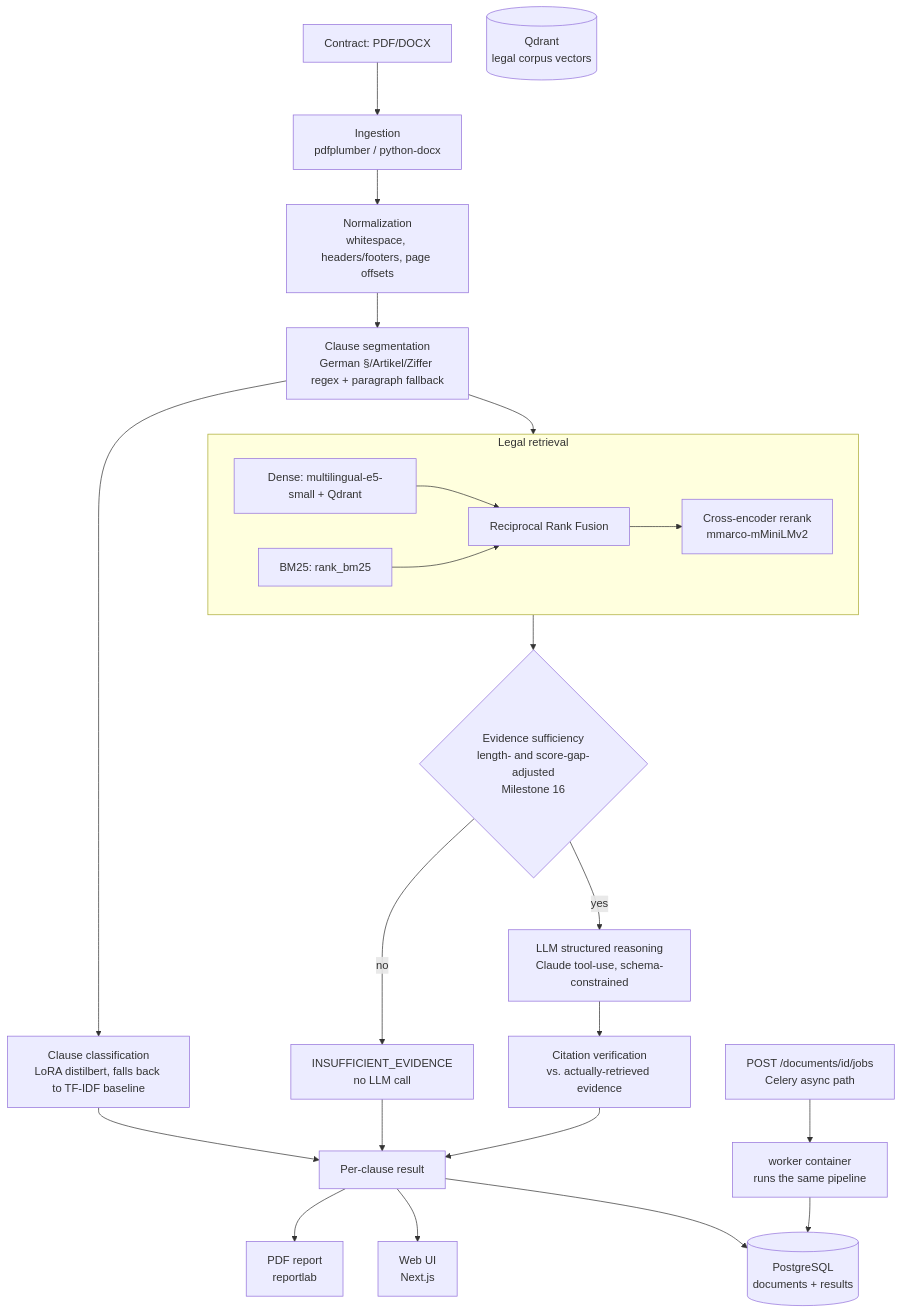
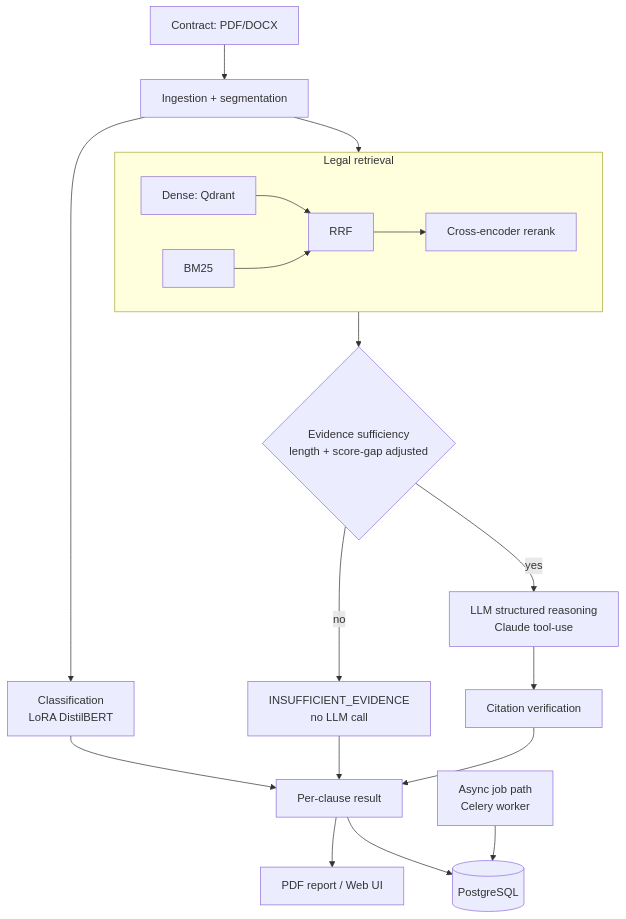
Before and after one commit to nithya-prakash/ClauseGuard: the diagram in README.md, drawn with Mermaid. The commit also changed other lines of this file and 1 other file, not shown here.

````diff
--- a/README.md
+++ b/README.md
@@ -77,30 +29,21 @@
 ```mermaid
 flowchart TD
-    A[Contract: PDF/DOCX] --> B[Ingestion<br/>pdfplumber / python-docx]
-    B --> C[Normalization<br/>whitespace, headers/footers, page offsets]
-    C --> D[Clause segmentation<br/>German §/Artikel/Ziffer regex + paragraph fallback]
-    D --> E[Clause classification<br/>LoRA distilbert, falls back to TF-IDF baseline]
-    D --> F[Legal retrieval]
-    subgraph F[Legal retrieval]
-        F1[Dense: multilingual-e5-small + Qdrant]
-        F2[BM25: rank_bm25]
-        F1 --> F3[Reciprocal Rank Fusion]
-        F2 --> F3
-        F3 --> F4[Cross-encoder rerank<br/>mmarco-mMiniLMv2]
+    A[Contract: PDF/DOCX] --> B[Ingestion + segmentation]
+    B --> C[Classification<br/>LoRA DistilBERT]
+    B --> D[Legal retrieval]
+    subgraph D[Legal retrieval]
+        D1[Dense: Qdrant] --> D3[RRF]
+        D2[BM25] --> D3
+        D3 --> D4[Cross-encoder rerank]
     end
-    F --> G{Evidence sufficiency<br/>length- and score-gap-adjusted<br/>Milestone 16}
-    G -- no --> H[INSUFFICIENT_EVIDENCE<br/>no LLM call]
-    G -- yes --> I[LLM structured reasoning<br/>Claude tool-use, schema-constrained]
-    I --> J[Citation verification<br/>vs. actually-retrieved evidence]
-    E --> K[Per-clause result]
-    H --> K
-    J --> K
-    K --> L[PDF report<br/>reportlab]
-    K --> M[Web UI<br/>Next.js]
-    K --> N[(PostgreSQL<br/>documents + results)]
-
-    O[(Qdrant<br/>legal corpus vectors)]
-    P[POST /documents/id/jobs<br/>Celery async path]
-    Q[worker container<br/>runs the same pipeline]
-    P --> Q --> N
+    D --> E{Evidence sufficiency<br/>length + score-gap adjusted}
+    E -- no --> F[INSUFFICIENT_EVIDENCE<br/>no LLM call]
+    E -- yes --> G[LLM structured reasoning<br/>Claude tool-use]
+    G --> H[Citation verification]
+    C --> I[Per-clause result]
+    F --> I
+    H --> I
+    I --> J[PDF report / Web UI]
+    I --> K[(PostgreSQL)]
+    L[Async job path<br/>Celery worker] --> K
 ```
````
